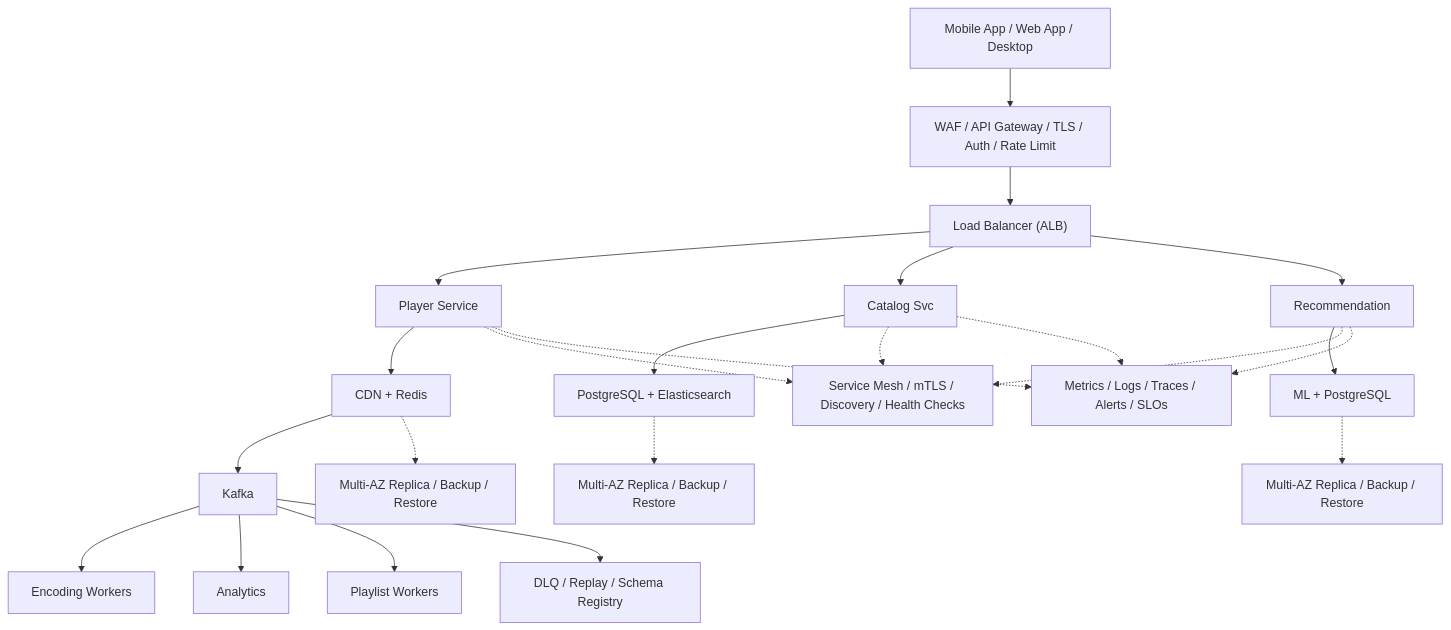
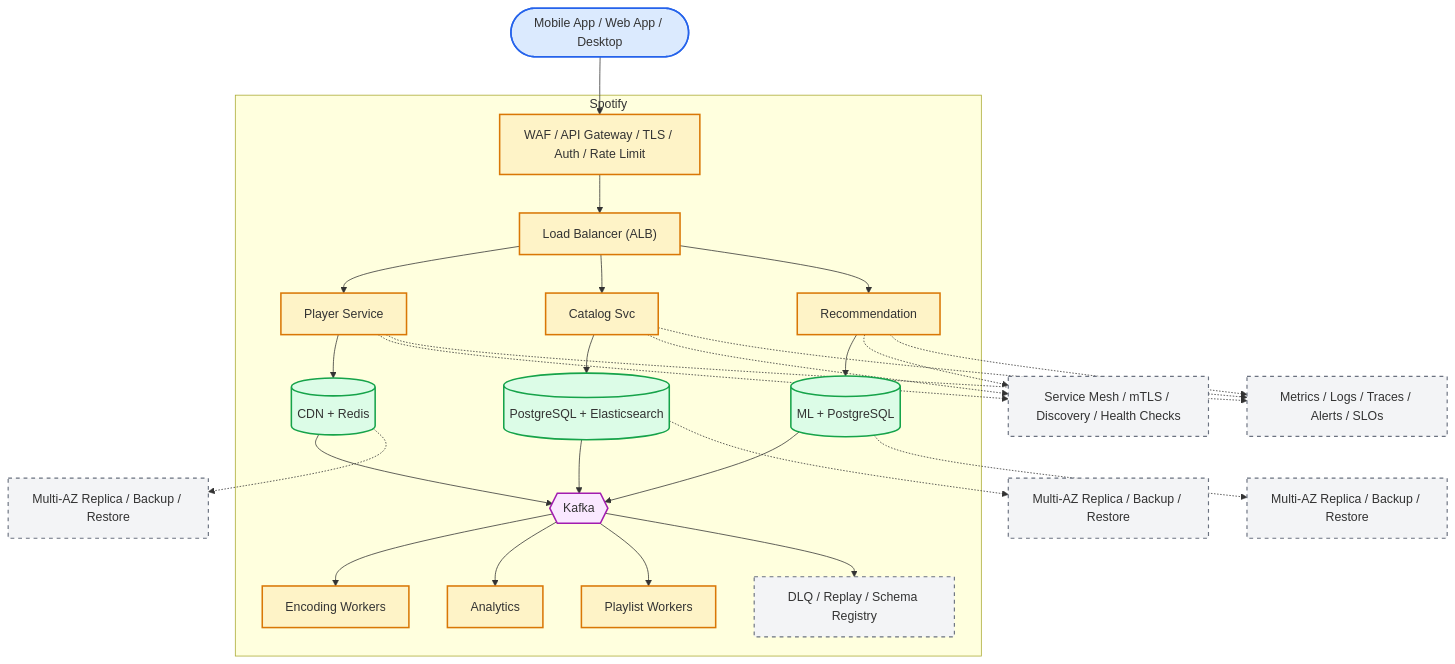
Before and after one commit to aishwary11/system-design: the diagram in system-design-spotify.md, drawn with Mermaid. The commit also changed other lines of this file and 36 other files, not shown here.

First line of the commit message:
Standardize all diagrams on C4-style Mermaid template

````diff
--- a/system-design-spotify.md
+++ b/system-design-spotify.md
@@ -42,25 +42,65 @@
 ```mermaid
 flowchart TB
-    clients["Mobile App / Web App / Desktop"] --> edge["WAF / API Gateway / TLS / Auth / Rate Limit"]
-    edge --> lb["Load Balancer (ALB)"]
-    lb --> svc0["Player Service"]
-    lb --> svc1["Catalog Svc"]
-    lb --> svc2["Recommendation"]
-    svc0 --> store0["CDN + Redis"]
-    svc1 --> store1["PostgreSQL + Elasticsearch"]
-    svc2 --> store2["ML + PostgreSQL"]
-    store0 --> stream["Kafka"]
-    stream --> worker0["Encoding Workers"]
-    stream --> worker1["Analytics"]
-    stream --> worker2["Playlist Workers"]
-    svc0 -.-> platform["Service Mesh / mTLS / Discovery / Health Checks"]
-    svc1 -.-> platform
-    svc2 -.-> platform
-    store0 -.-> backup0["Multi-AZ Replica / Backup / Restore"]
-    store1 -.-> backup1["Multi-AZ Replica / Backup / Restore"]
-    store2 -.-> backup2["Multi-AZ Replica / Backup / Restore"]
-    stream --> dlq["DLQ / Replay / Schema Registry"]
-    svc0 -.-> ops["Metrics / Logs / Traces / Alerts / SLOs"]
+    %% Actors (people)
+    clients(["Mobile App / Web App / Desktop"])
+
+    %% System boundary - containers owned by the platform
+    subgraph platform["Spotify"]
+        edge["WAF / API Gateway / TLS / Auth / Rate Limit"]
+        lb["Load Balancer (ALB)"]
+        svc0["Player Service"]
+        svc1["Catalog Svc"]
+        svc2["Recommendation"]
+        store0[("CDN + Redis")]
+        store1[("PostgreSQL + Elasticsearch")]
+        store2[("ML + PostgreSQL")]
+        stream{{"Kafka"}}
+        worker0["Encoding Workers"]
+        worker1["Analytics"]
+        worker2["Playlist Workers"]
+        dlq["DLQ / Replay / Schema Registry"]
+    end
+
+    %% Cross-cutting control plane (dashed edges)
+    mesh["Service Mesh / mTLS / Discovery / Health Checks"]
+    ops["Metrics / Logs / Traces / Alerts / SLOs"]
+    backup0["Multi-AZ Replica / Backup / Restore"]
+    backup1["Multi-AZ Replica / Backup / Restore"]
+    backup2["Multi-AZ Replica / Backup / Restore"]
+
+    clients --> edge
+    edge --> lb
+    lb --> svc0
+    lb --> svc1
+    lb --> svc2
+    svc0 --> store0
+    svc1 --> store1
+    svc2 --> store2
+    store0 --> stream
+    store1 --> stream
+    store2 --> stream
+    stream --> worker0
+    stream --> worker1
+    stream --> worker2
+    stream --> dlq
+    svc0 -.-> mesh
+    svc1 -.-> mesh
+    svc2 -.-> mesh
+    svc0 -.-> ops
     svc1 -.-> ops
     svc2 -.-> ops
+    store0 -.-> backup0
+    store1 -.-> backup1
+    store2 -.-> backup2
+
+    classDef actor fill:#dbeafe,stroke:#2563eb,stroke-width:2px
+    classDef service fill:#fef3c7,stroke:#d97706,stroke-width:2px
+    classDef store fill:#dcfce7,stroke:#16a34a,stroke-width:2px
+    classDef broker fill:#fae8ff,stroke:#a21caf,stroke-width:2px
+    classDef control fill:#f3f4f6,stroke:#6b7280,stroke-width:1.5px,stroke-dasharray:5 5
+    class clients actor
+    class edge,lb,svc0,svc1,svc2,worker0,worker1,worker2 service
+    class store0,store1,store2 store
+    class stream broker
+    class dlq,mesh,ops,backup0,backup1,backup2 control
 ```
````
